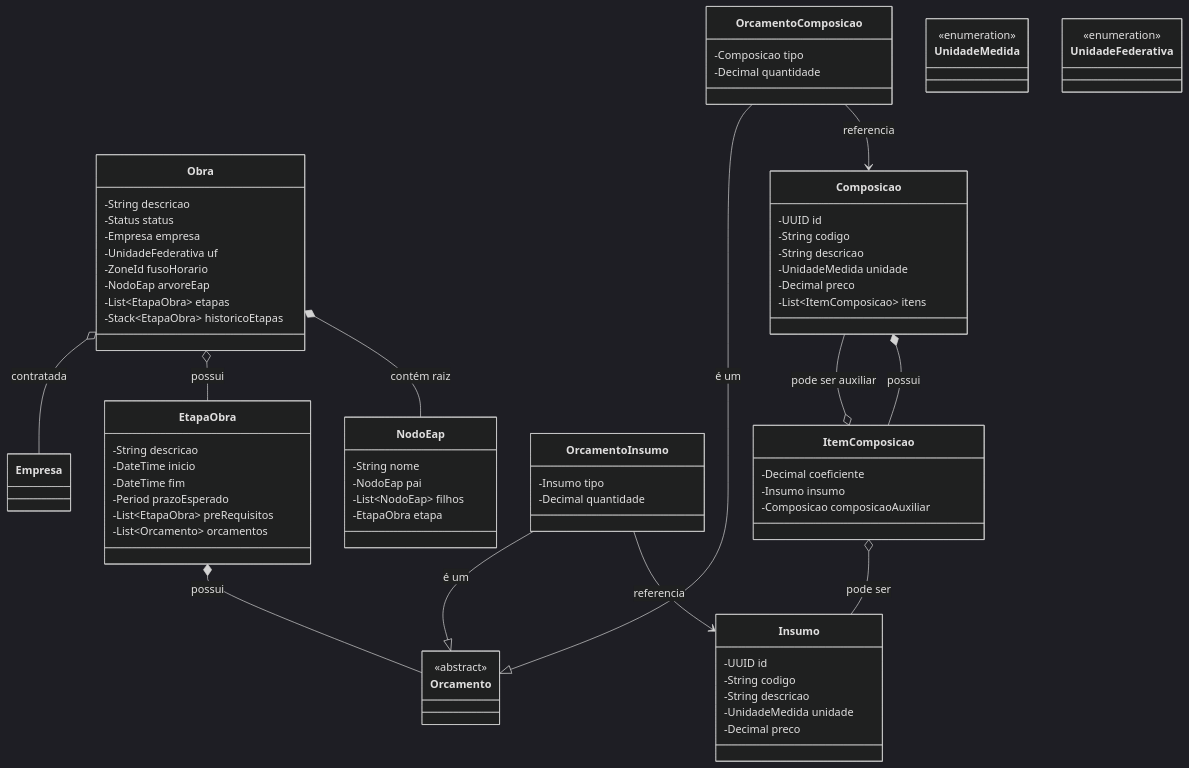
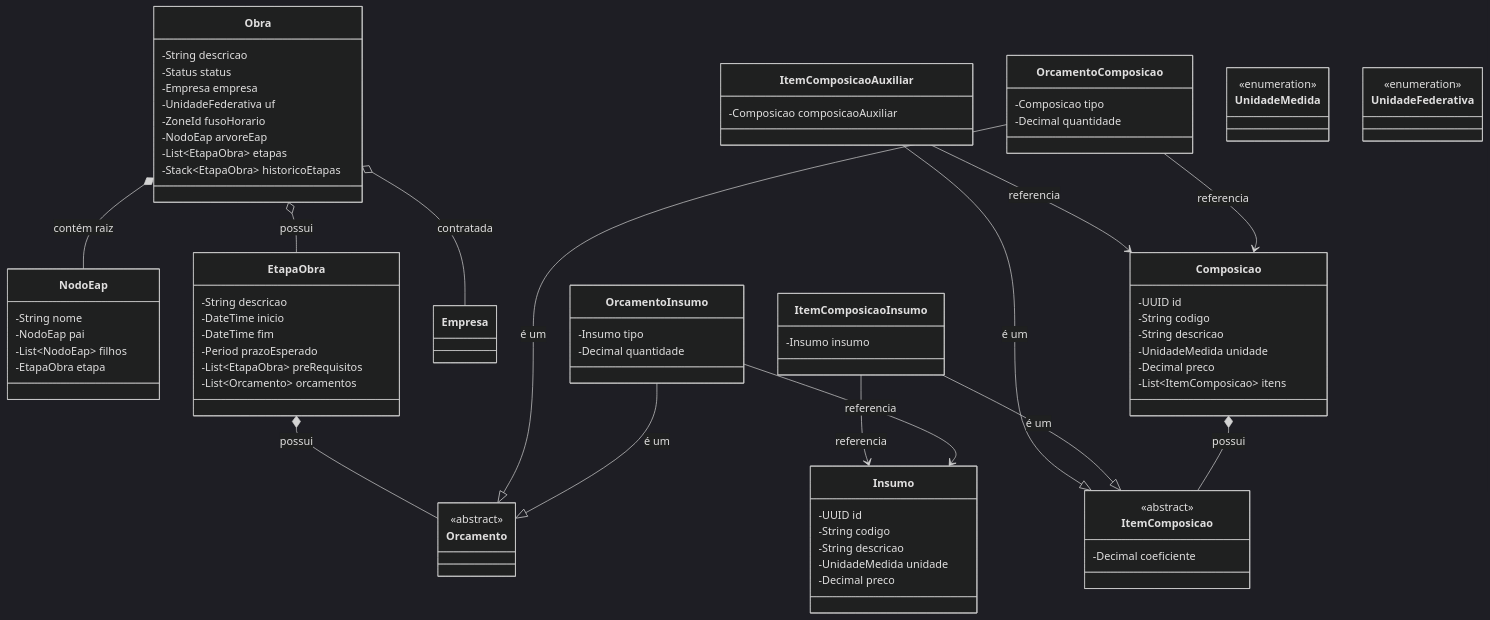
Before and after one commit to aldcejam/concordia: the diagram in api/docs/classes.mmd, drawn with Mermaid (dark theme).

Commit message:
docs: modifica classe ItemComposicao
Torna uma classe abstrata e transforma os seus atributos em classes que herdam.

```diff
--- a/api/docs/classes.mmd
+++ b/api/docs/classes.mmd
@@ -1,91 +1,101 @@
 classDiagram
     Obra *-- NodoEap : contém raiz
     Obra o-- EtapaObra : possui
     Obra o-- Empresa : contratada
 
     OrcamentoInsumo --> Insumo : referencia
     OrcamentoComposicao --> Composicao : referencia
 
     OrcamentoInsumo --|> Orcamento : é um
     OrcamentoComposicao --|> Orcamento : é um
 
     EtapaObra *-- Orcamento : possui
 
     Composicao *-- ItemComposicao : possui
-    ItemComposicao o-- Insumo : pode ser
-    ItemComposicao o-- Composicao : pode ser auxiliar
+    ItemComposicaoInsumo --|> ItemComposicao : é um
+    ItemComposicaoAuxiliar --|> ItemComposicao : é um
+
+    ItemComposicaoInsumo --> Insumo : referencia
+    ItemComposicaoAuxiliar --> Composicao : referencia
 
         class Obra{
             -String descricao
             -Status status
             -Empresa empresa
             -UnidadeFederativa uf
             -ZoneId fusoHorario
             -NodoEap arvoreEap
             -List~EtapaObra~ etapas
             -Stack~EtapaObra~ historicoEtapas
         }
 
         class NodoEap {
             -String nome
             -NodoEap pai
             -List~NodoEap~ filhos
             -EtapaObra etapa
         }
 
         class EtapaObra{
             -String descricao
             -DateTime inicio
             -DateTime fim
             -Period prazoEsperado
             -List~EtapaObra~ preRequisitos
             -List~Orcamento~ orcamentos
         }
 
         class Insumo {
             -UUID id
             -String codigo
             -String descricao
             -UnidadeMedida unidade
             -Decimal preco
         }
 
         class Composicao {
             -UUID id
             -String codigo
             -String descricao
             -UnidadeMedida unidade
             -Decimal preco
             -List~ItemComposicao~ itens
         }
 
         class ItemComposicao {
+            <<abstract>>
             -Decimal coeficiente
+        }
+
+        class ItemComposicaoInsumo {
             -Insumo insumo
+        }
+
+        class ItemComposicaoAuxiliar {
             -Composicao composicaoAuxiliar
         }
 
         class UnidadeMedida {
         <<enumeration>>
         }
 
         class Orcamento {
             <<abstract>>
         }
 
         class OrcamentoInsumo {
             -Insumo tipo
             -Decimal quantidade
         }
 
         class OrcamentoComposicao {
             -Composicao tipo
             -Decimal quantidade
         }
 
         class UnidadeFederativa {
             <<enumeration>>
         }
 
         class Empresa{
         }
```
